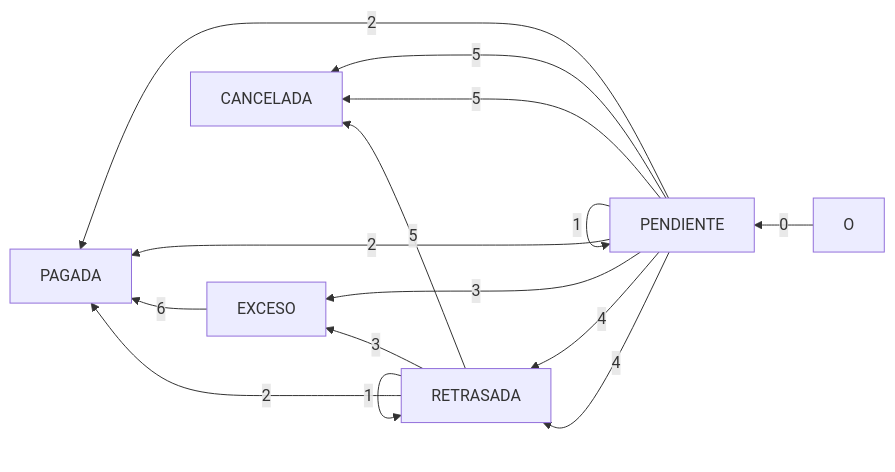
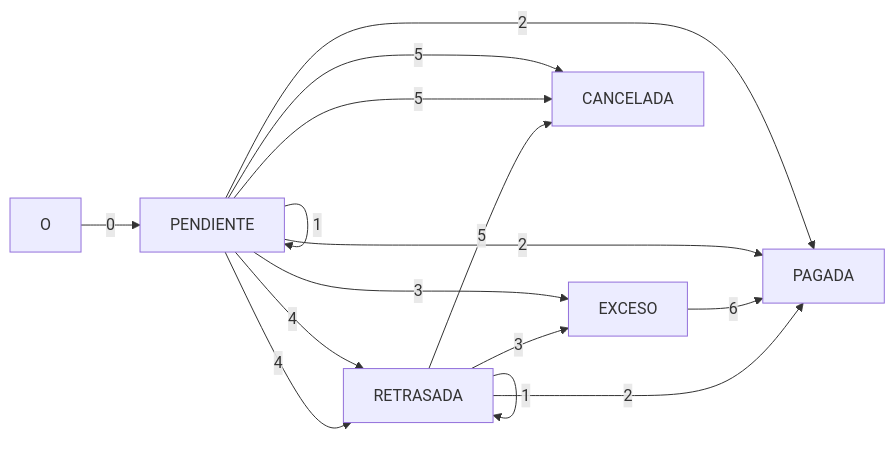
One commit to miermontoto/SI2022-PL41 changed the third of 3 diagrams in docs/SI2022-PL41.md. Above: the diagram before and after it, drawn with Mermaid.

````diff
--- a/docs/SI2022-PL41.md
+++ b/docs/SI2022-PL41.md
@@ -109,21 +109,21 @@
 ```mermaid
-flowchart RL
+flowchart LR
 	O --0--> PENDIENTE
 	
 	PENDIENTE --1--> PENDIENTE
 	PENDIENTE --2--> PAGADA
 	PENDIENTE --3--> EXCESO
 	PENDIENTE --4--> RETRASADA
 	PENDIENTE --5--> CANCELADA
 
 	PENDIENTE --2--> PAGADA
 	PENDIENTE --4--> RETRASADA
 	PENDIENTE --5--> CANCELADA
 
 	EXCESO --6--> PAGADA
 
 	RETRASADA --1--> RETRASADA
 	RETRASADA --2--> PAGADA
 	RETRASADA --3--> EXCESO
 	RETRASADA --5--> CANCELADA
 ```
````
